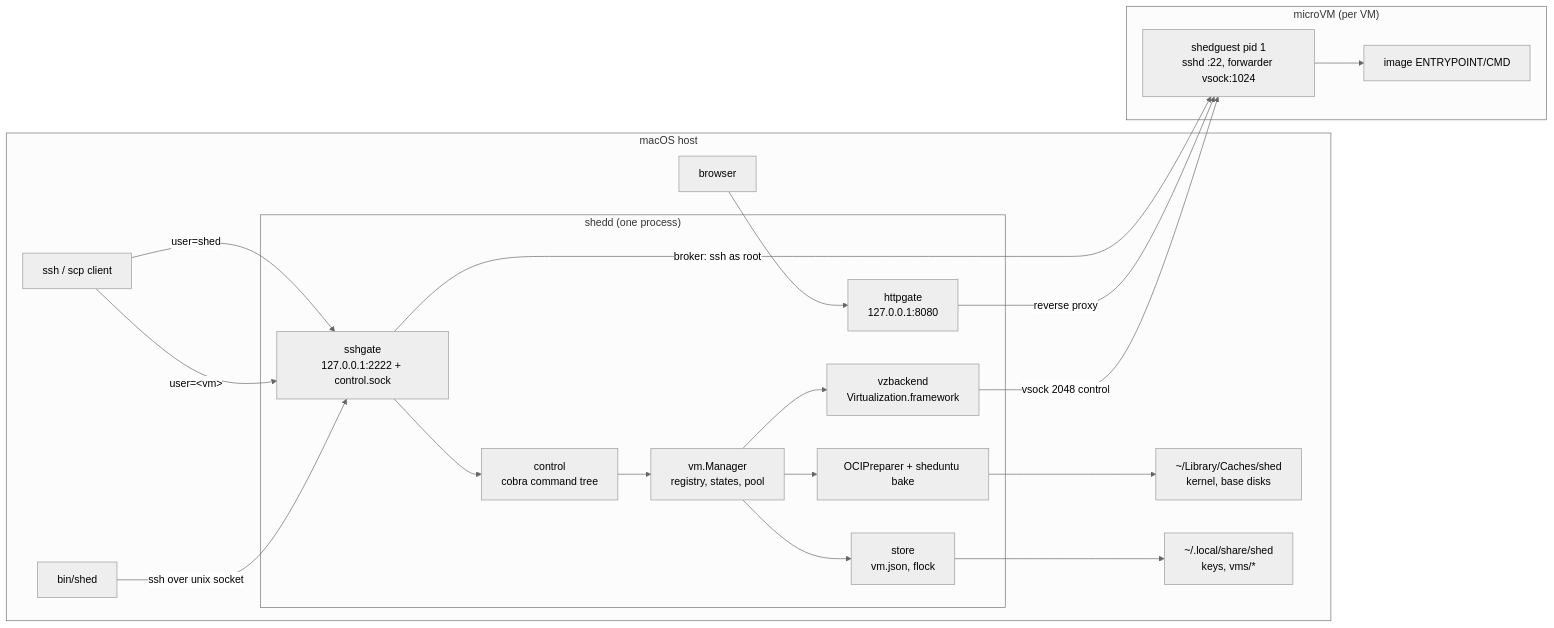
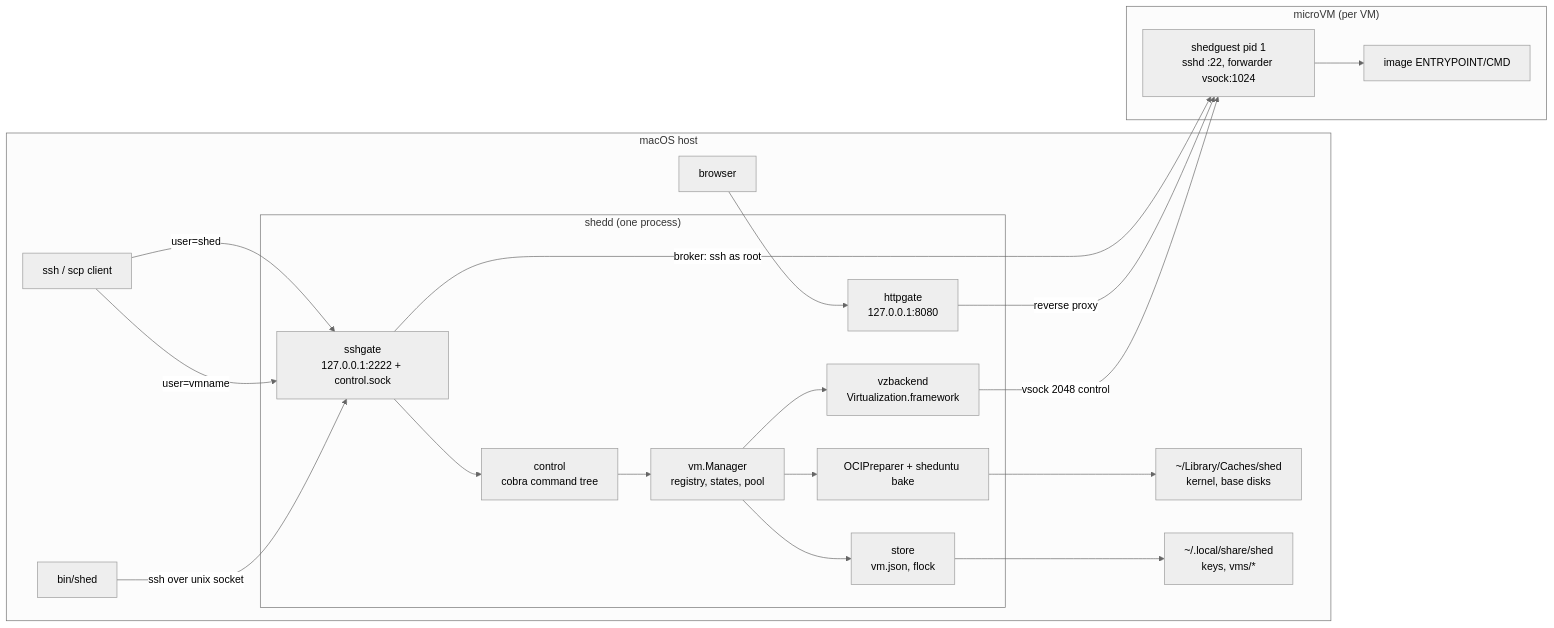
Before and after one commit to fredrik/shed: the diagram in docs/design/README.md, drawn with Mermaid (neutral theme). The commit also changed 1 other file, not shown here.

Commit message:
Fix mermaid diagrams that failed to render on GitHub
Semicolons inside sequence-diagram messages are statement terminators to mermaid, and the HTML entities in the component map's edge label did not survive GitHub's renderer. Replaced both. All seven blocks now parse with mermaid 11.

````diff
--- a/docs/design/README.md
+++ b/docs/design/README.md
@@ -31,38 +31,38 @@
 ```mermaid
 graph LR
     subgraph host["macOS host"]
         sshc["ssh / scp client"]
         shedcli["bin/shed"]
         browser["browser"]
         subgraph shedd["shedd (one process)"]
             sshgate["sshgate<br/>127.0.0.1:2222 + control.sock"]
             control["control<br/>cobra command tree"]
             httpgate["httpgate<br/>127.0.0.1:8080"]
             manager["vm.Manager<br/>registry, states, pool"]
             prep["OCIPreparer + sheduntu bake"]
             store["store<br/>vm.json, flock"]
             vz["vzbackend<br/>Virtualization.framework"]
         end
         cache["~/Library/Caches/shed<br/>kernel, base disks"]
         state["~/.local/share/shed<br/>keys, vms/*"]
     end
     subgraph vm["microVM (per VM)"]
         agent["shedguest pid 1<br/>sshd :22, forwarder vsock:1024"]
         workload["image ENTRYPOINT/CMD"]
     end
     sshc -->|"user=shed"| sshgate
-    sshc -->|"user=&lt;vm&gt;"| sshgate
+    sshc -->|"user=vmname"| sshgate
     shedcli -->|"ssh over unix socket"| sshgate
     browser --> httpgate
     sshgate --> control
     control --> manager
     sshgate -->|"broker: ssh as root"| agent
     httpgate -->|"reverse proxy"| agent
     manager --> vz
     manager --> prep
     manager --> store
     prep --> cache
     store --> state
     vz -->|"vsock 2048 control"| agent
     agent --> workload
 ```
````
